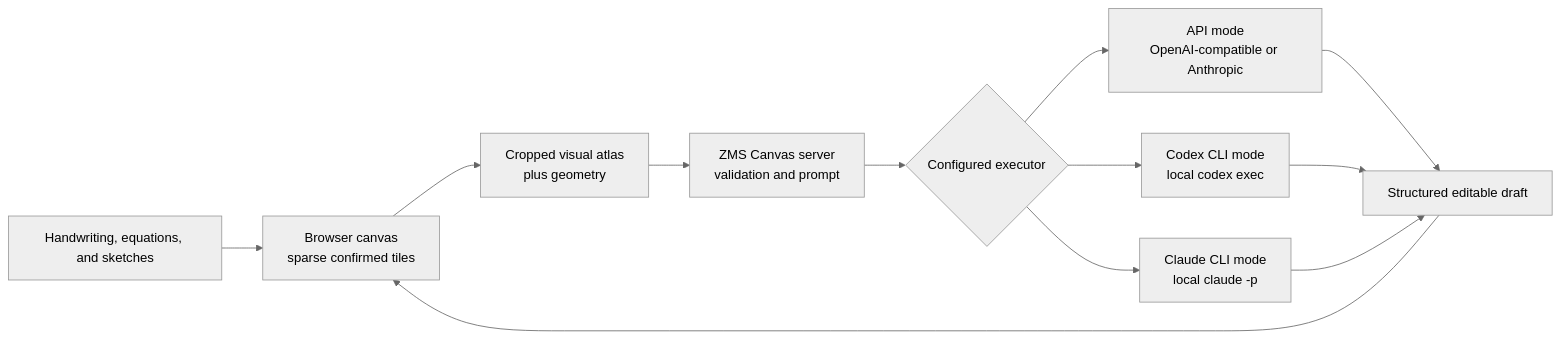
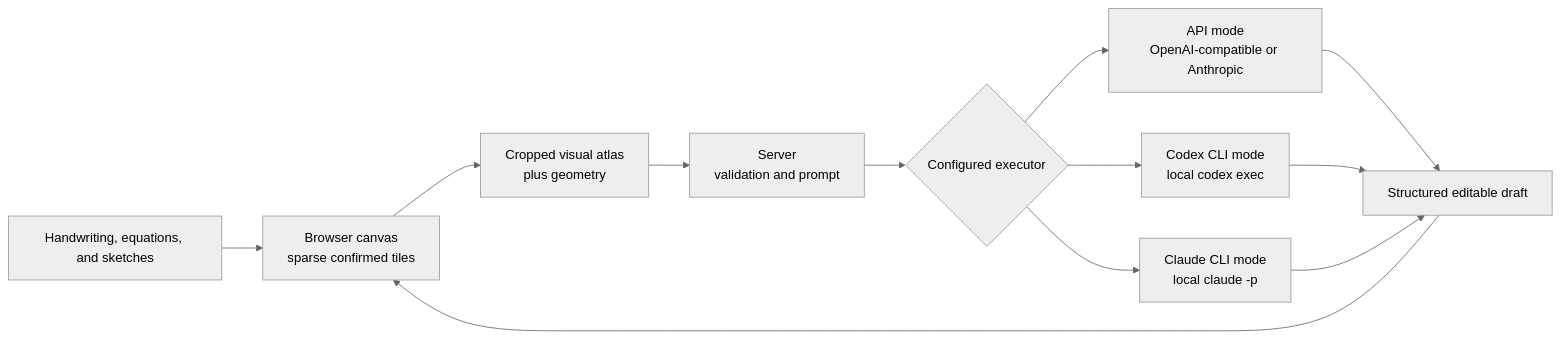
Before and after one commit to ZMS-Labs/zms-canvas: the diagram in README.md, drawn with Mermaid (neutral theme). The commit also changed other lines of this file and 3 other files, not shown here.

````diff
--- a/README.md
+++ b/README.md
@@ -50,14 +46,14 @@
 ```mermaid
 flowchart LR
   User["Handwriting, equations, and sketches"] --> Canvas["Browser canvas<br/>sparse confirmed tiles"]
   Canvas --> Atlas["Cropped visual atlas<br/>plus geometry"]
-  Atlas --> Server["ZMS Canvas server<br/>validation and prompt"]
+  Atlas --> Server["Server<br/>validation and prompt"]
   Server --> Executor{"Configured executor"}
   Executor --> API["API mode<br/>OpenAI-compatible or Anthropic"]
   Executor --> Codex["Codex CLI mode<br/>local codex exec"]
   Executor --> Claude["Claude CLI mode<br/>local claude -p"]
   API --> Draft["Structured editable draft"]
   Codex --> Draft
   Claude --> Draft
   Draft --> Canvas
 ```
````
